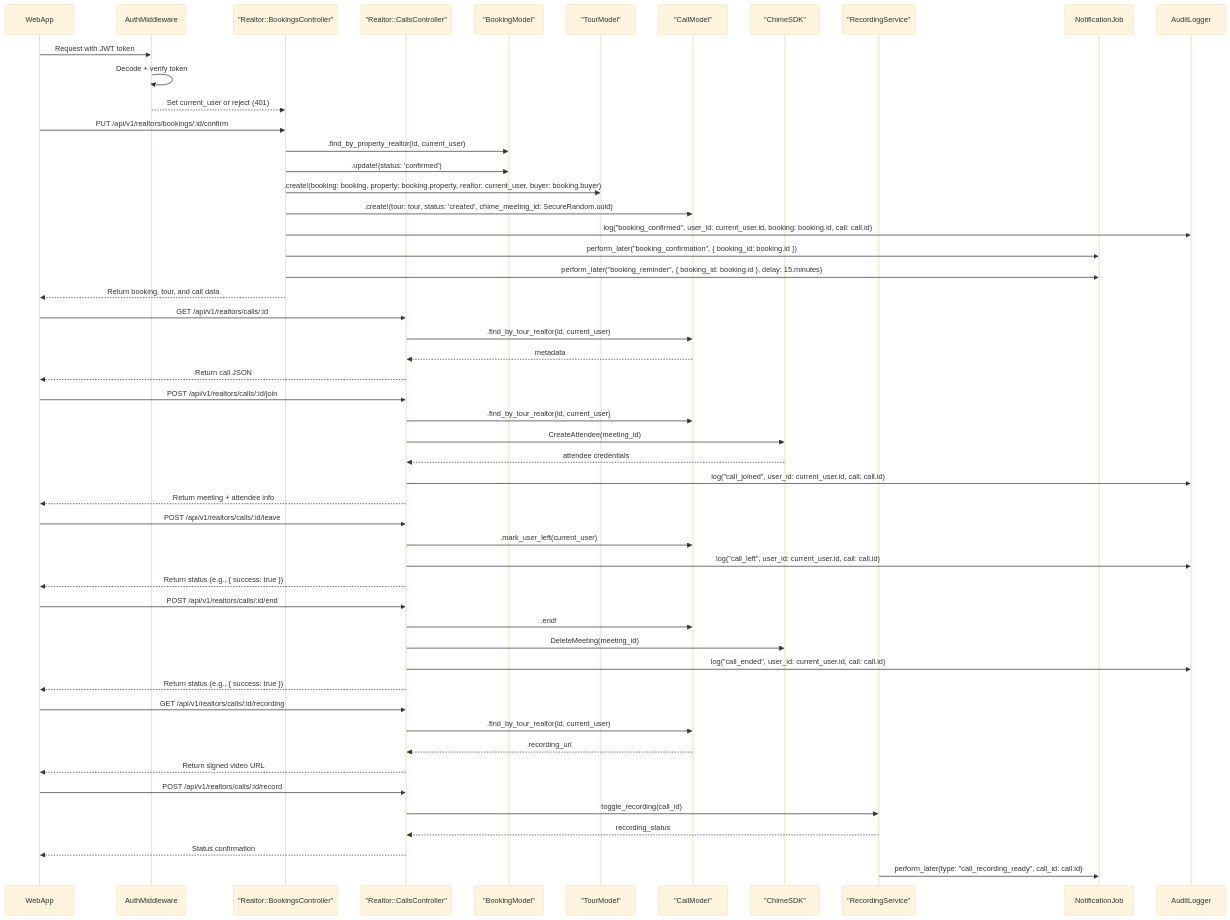
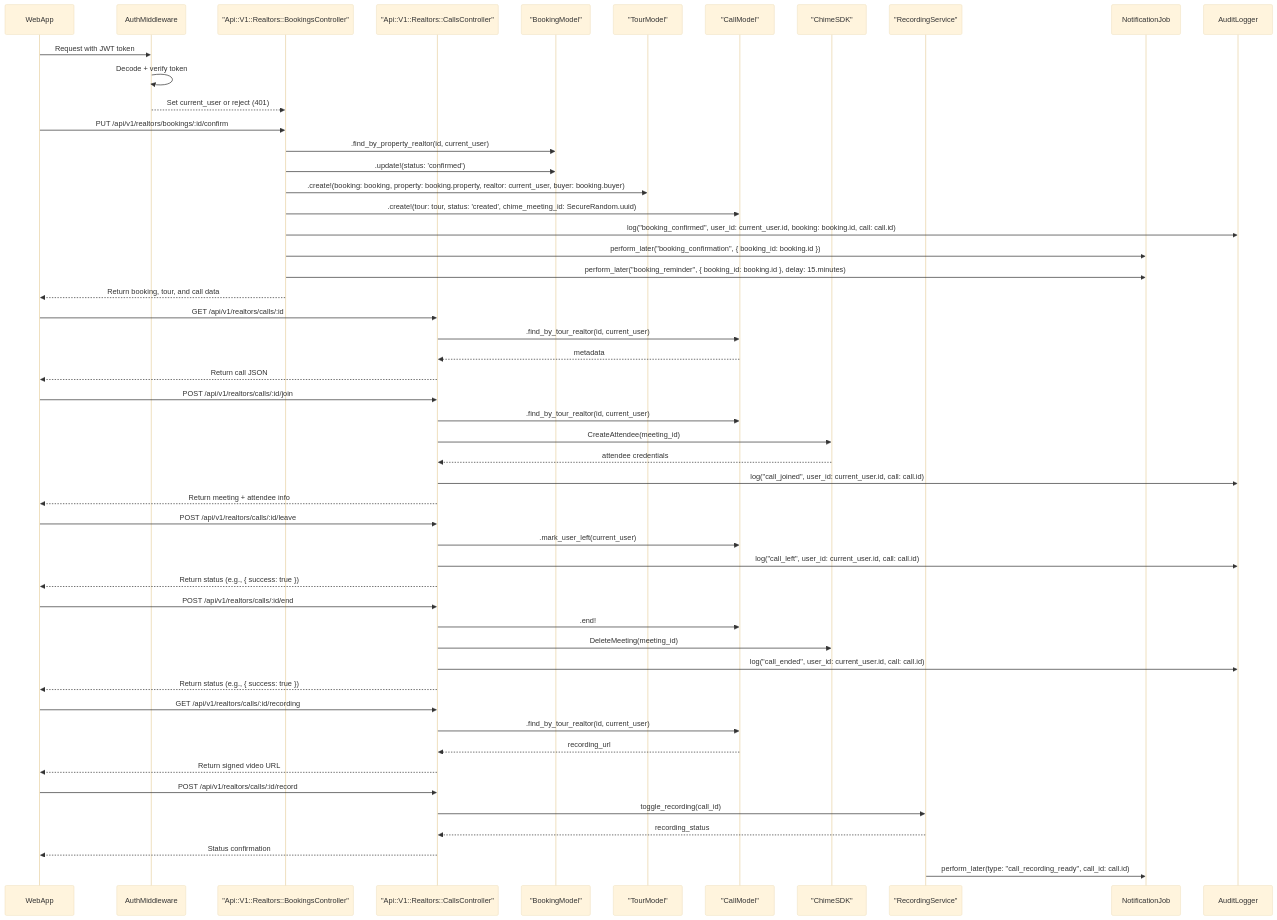
One commit to Video-API-architecture/architecture-proposal changed the diagram in diagrams/realtors/calls.mermaid. Above: the diagram before and after it, drawn with Mermaid (base theme). The commit also changed 26 other files, not shown here.

Commit message:
add missing namespaces in diagrams

```diff
--- a/diagrams/realtors/calls.mermaid
+++ b/diagrams/realtors/calls.mermaid
@@ -1,70 +1,70 @@
 sequenceDiagram
     participant WebApp
     participant Auth as AuthMiddleware
-    participant BC as "Realtor::BookingsController"
-    participant CC as "Realtor::CallsController"
+    participant BC as "Api::V1::Realtors::BookingsController"
+    participant CC as "Api::V1::Realtors::CallsController"
     participant Booking as "BookingModel"
     participant Tour as "TourModel"
     participant Call as "CallModel"
     participant Chime as "ChimeSDK"
     participant Recorder as "RecordingService"
     participant NotificationJob
     participant AuditLogger
 
     %% Auth check
     WebApp->>Auth: Request with JWT token
     Auth->>Auth: Decode + verify token
     Auth-->>BC: Set current_user or reject (401)
 
     %% Booking confirmation (creates call)
     WebApp->>BC: PUT /api/v1/realtors/bookings/:id/confirm
     BC->>Booking: .find_by_property_realtor(id, current_user)
     BC->>Booking: .update!(status: 'confirmed')
     BC->>Tour: .create!(booking: booking, property: booking.property, realtor: current_user, buyer: booking.buyer)
     BC->>Call: .create!(tour: tour, status: 'created', chime_meeting_id: SecureRandom.uuid)
     BC->>AuditLogger: log("booking_confirmed", user_id: current_user.id, booking: booking.id, call: call.id)
     BC->>NotificationJob: perform_later("booking_confirmation", { booking_id: booking.id })
     BC->>NotificationJob: perform_later("booking_reminder", { booking_id: booking.id }, delay: 15.minutes)
     BC-->>WebApp: Return booking, tour, and call data
 
     %% Get call details (after confirmation)
     WebApp->>CC: GET /api/v1/realtors/calls/:id
     CC->>Call: .find_by_tour_realtor(id, current_user)
     Call-->>CC: metadata
     CC-->>WebApp: Return call JSON
 
     %% Join call
     WebApp->>CC: POST /api/v1/realtors/calls/:id/join
     CC->>Call: .find_by_tour_realtor(id, current_user)
     CC->>Chime: CreateAttendee(meeting_id)
     Chime-->>CC: attendee credentials
     CC->>AuditLogger: log("call_joined", user_id: current_user.id, call: call.id)
     CC-->>WebApp: Return meeting + attendee info
 
     %% Leave call
     WebApp->>CC: POST /api/v1/realtors/calls/:id/leave
     CC->>Call: .mark_user_left(current_user)
     CC->>AuditLogger: log("call_left", user_id: current_user.id, call: call.id)
     CC-->>WebApp: Return status (e.g., { success: true })
 
     %% End call
     WebApp->>CC: POST /api/v1/realtors/calls/:id/end
     CC->>Call: .end!
     CC->>Chime: DeleteMeeting(meeting_id)
     CC->>AuditLogger: log("call_ended", user_id: current_user.id, call: call.id)
     CC-->>WebApp: Return status (e.g., { success: true })
 
     %% Get call recording
     WebApp->>CC: GET /api/v1/realtors/calls/:id/recording
     CC->>Call: .find_by_tour_realtor(id, current_user)
     Call-->>CC: recording_url
     CC-->>WebApp: Return signed video URL
 
     %% Start/Stop call recording
     WebApp->>CC: POST /api/v1/realtors/calls/:id/record
     CC->>Recorder: toggle_recording(call_id)
     Recorder-->>CC: recording_status
     CC-->>WebApp: Status confirmation
 
     %% Optional email notification after recording
     Recorder->>NotificationJob: perform_later(type: "call_recording_ready", call_id: call.id)
```
